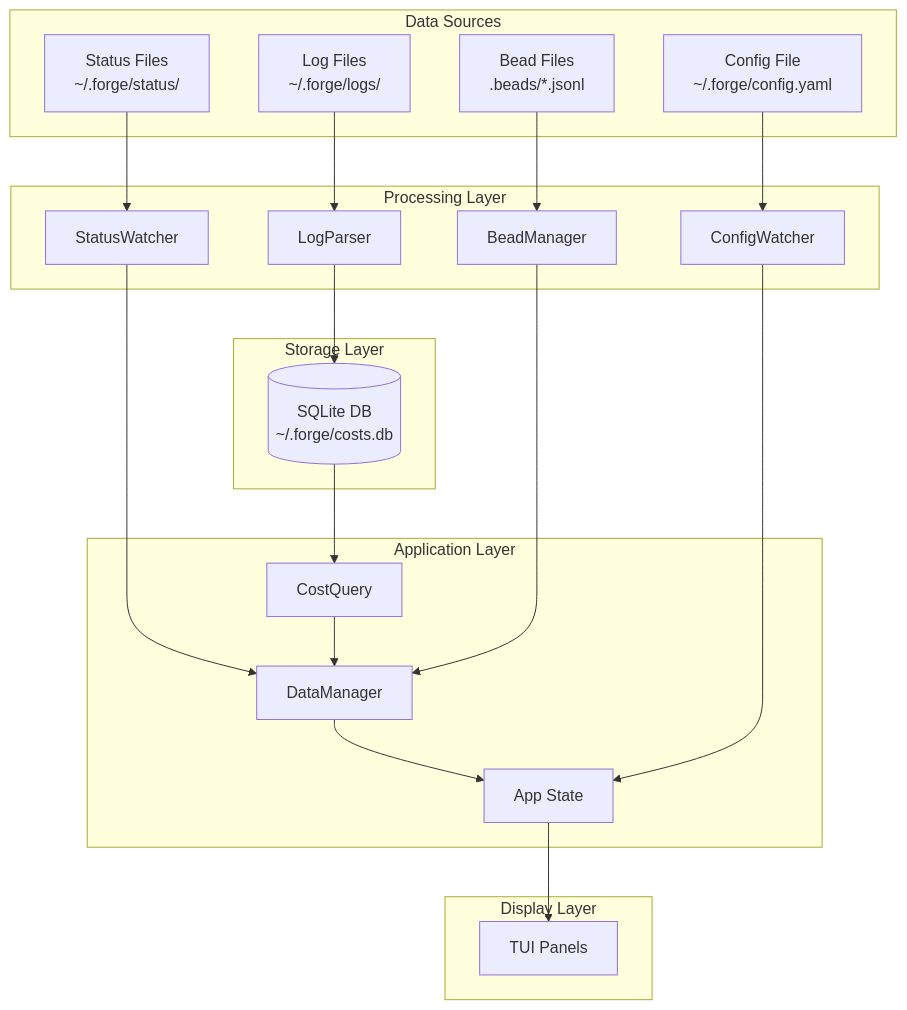
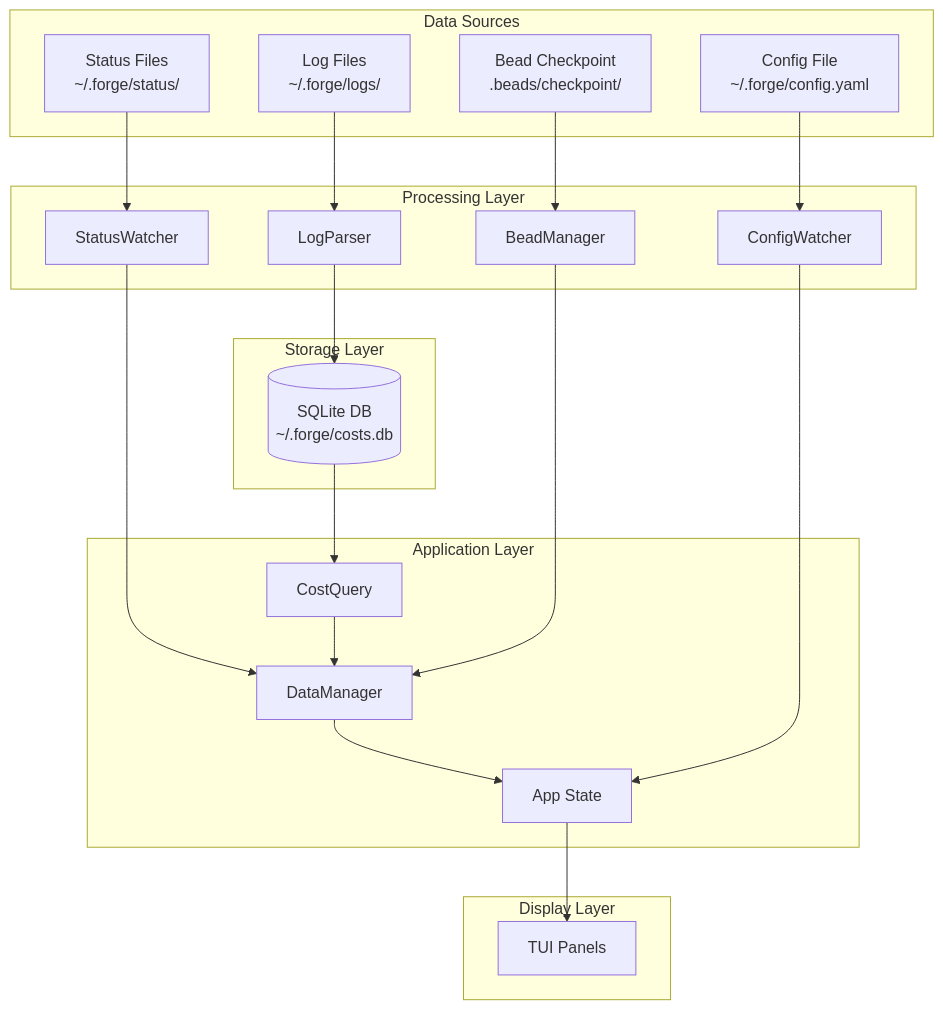
The eighth of 8 diagrams in docs/diagrams/data-flow.md (jedarden/forge), drawn with Mermaid before and after one commit. The commit also changed other lines of this file and 17 other files, not shown here.

First line of the commit message:
docs: align secondary docs and diagrams with bead-rs store and ADR 0020

````diff
--- a/docs/diagrams/data-flow.md
+++ b/docs/diagrams/data-flow.md
@@ -206,47 +202,47 @@
 ```mermaid
 graph TB
     subgraph "Data Sources"
         StatusFiles[Status Files<br/>~/.forge/status/]
         LogFiles[Log Files<br/>~/.forge/logs/]
-        BeadFiles[Bead Files<br/>.beads/*.jsonl]
+        BeadFiles[Bead Checkpoint<br/>.beads/checkpoint/]
         ConfigFile[Config File<br/>~/.forge/config.yaml]
     end
 
     subgraph "Processing Layer"
         StatusWatcher[StatusWatcher]
         LogParser[LogParser]
         BeadManager[BeadManager]
         ConfigWatcher[ConfigWatcher]
     end
 
     subgraph "Storage Layer"
         SQLite[(SQLite DB<br/>~/.forge/costs.db)]
     end
 
     subgraph "Application Layer"
         DataManager[DataManager]
         CostQuery[CostQuery]
         App[App State]
     end
 
     subgraph "Display Layer"
         Panels[TUI Panels]
     end
 
     StatusFiles --> StatusWatcher
     StatusWatcher --> DataManager
     DataManager --> App
 
     LogFiles --> LogParser
     LogParser --> SQLite
     SQLite --> CostQuery
     CostQuery --> DataManager
 
     BeadFiles --> BeadManager
     BeadManager --> DataManager
 
     ConfigFile --> ConfigWatcher
     ConfigWatcher --> App
 
     App --> Panels
 ```
````
